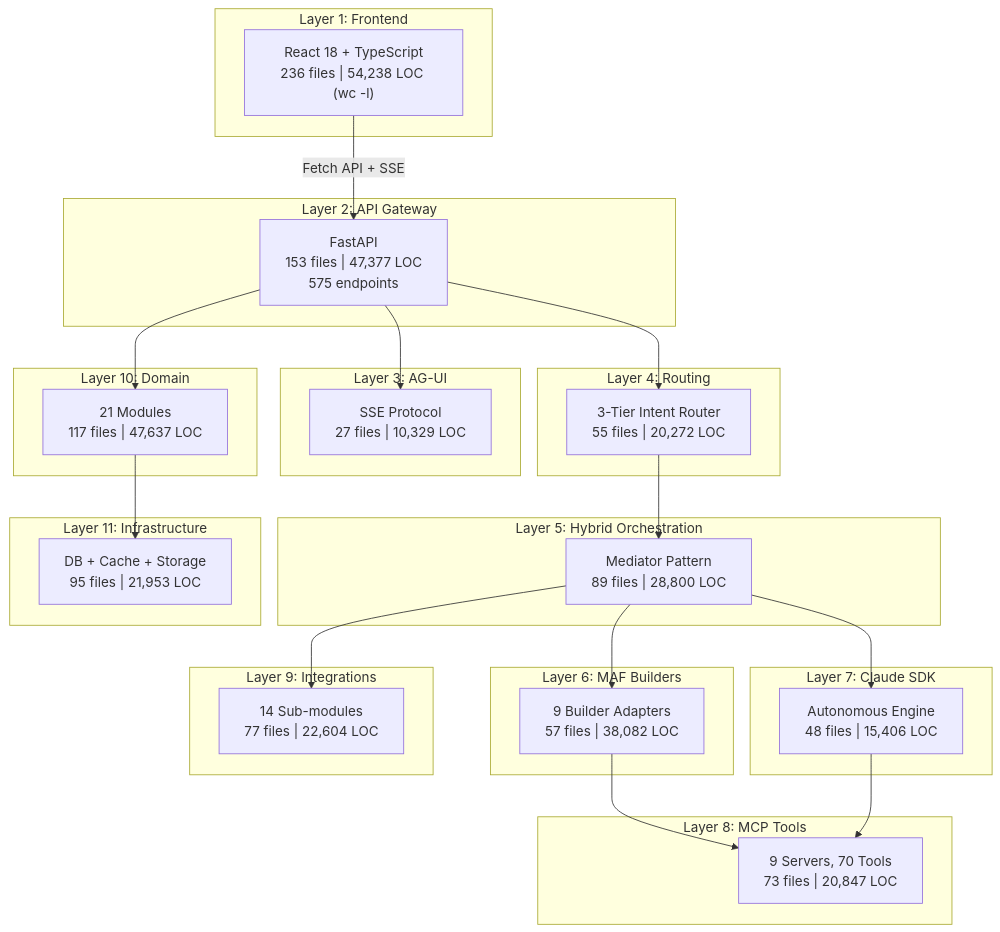
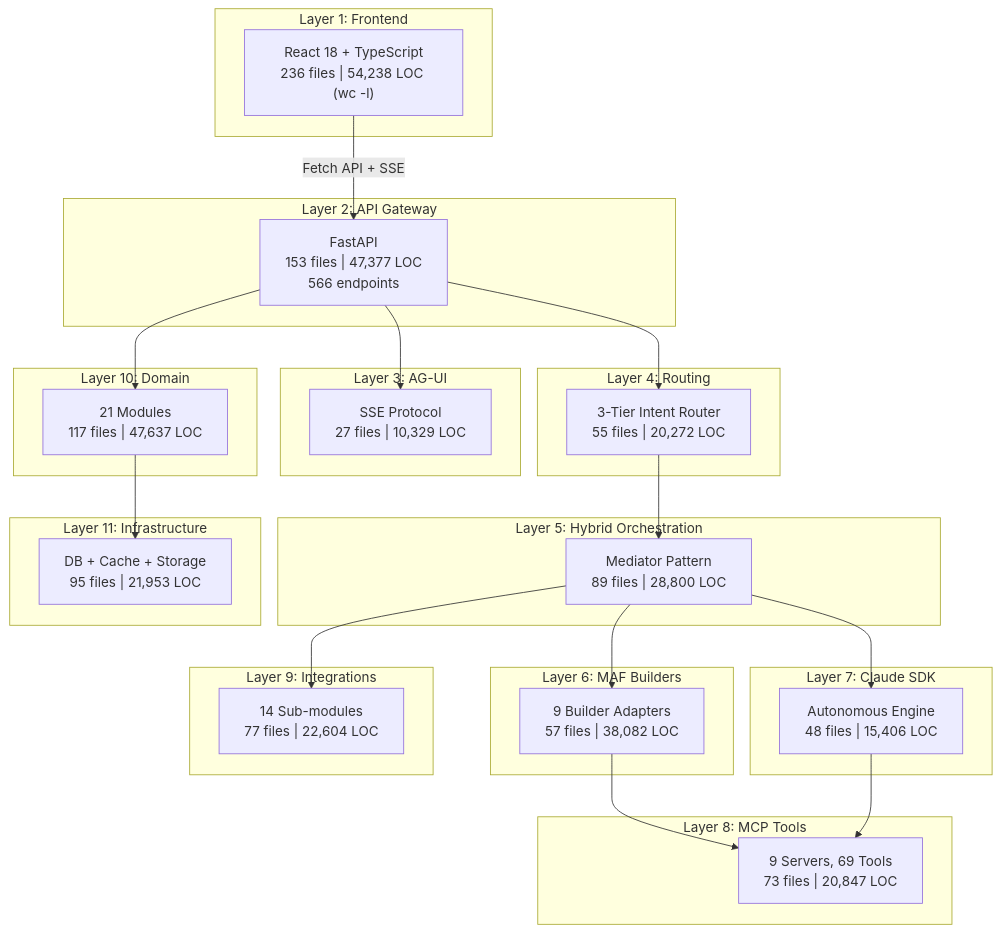
The diagram in docs/07-analysis/V9/00-stats.md (laitim2001/ai-semantic-kernel-framework-project), drawn with Mermaid before and after one commit. The commit also changed other lines of this file and 11 other files, not shown here.

````diff
--- a/docs/07-analysis/V9/00-stats.md
+++ b/docs/07-analysis/V9/00-stats.md
@@ -21,48 +21,48 @@
 ```mermaid
 graph TB
     subgraph "Layer 1: Frontend"
         FE["React 18 + TypeScript<br/>236 files | 54,238 LOC (wc -l)"]
     end
     subgraph "Layer 2: API Gateway"
-        API["FastAPI<br/>153 files | 47,377 LOC<br/>575 endpoints"]
+        API["FastAPI<br/>153 files | 47,377 LOC<br/>566 endpoints"]
     end
     subgraph "Layer 3: AG-UI"
         AGUI["SSE Protocol<br/>27 files | 10,329 LOC"]
     end
     subgraph "Layer 4: Routing"
         ROUTE["3-Tier Intent Router<br/>55 files | 20,272 LOC"]
     end
     subgraph "Layer 5: Hybrid Orchestration"
         HYBRID["Mediator Pattern<br/>89 files | 28,800 LOC"]
     end
     subgraph "Layer 6: MAF Builders"
         MAF["9 Builder Adapters<br/>57 files | 38,082 LOC"]
     end
     subgraph "Layer 7: Claude SDK"
         CLAUDE["Autonomous Engine<br/>48 files | 15,406 LOC"]
     end
     subgraph "Layer 8: MCP Tools"
-        MCP["9 Servers, 70 Tools<br/>73 files | 20,847 LOC"]
+        MCP["9 Servers, 69 Tools<br/>73 files | 20,847 LOC"]
     end
     subgraph "Layer 9: Integrations"
         INT["14 Sub-modules<br/>77 files | 22,604 LOC"]
     end
     subgraph "Layer 10: Domain"
         DOM["21 Modules<br/>117 files | 47,637 LOC"]
     end
     subgraph "Layer 11: Infrastructure"
         INFRA["DB + Cache + Storage<br/>95 files | 21,953 LOC"]
     end
 
     FE -->|"Fetch API + SSE"| API
     API --> AGUI
     API --> ROUTE
     ROUTE --> HYBRID
     HYBRID --> MAF
     HYBRID --> CLAUDE
     MAF --> MCP
     CLAUDE --> MCP
     HYBRID --> INT
     API --> DOM
     DOM --> INFRA
 ```
````
